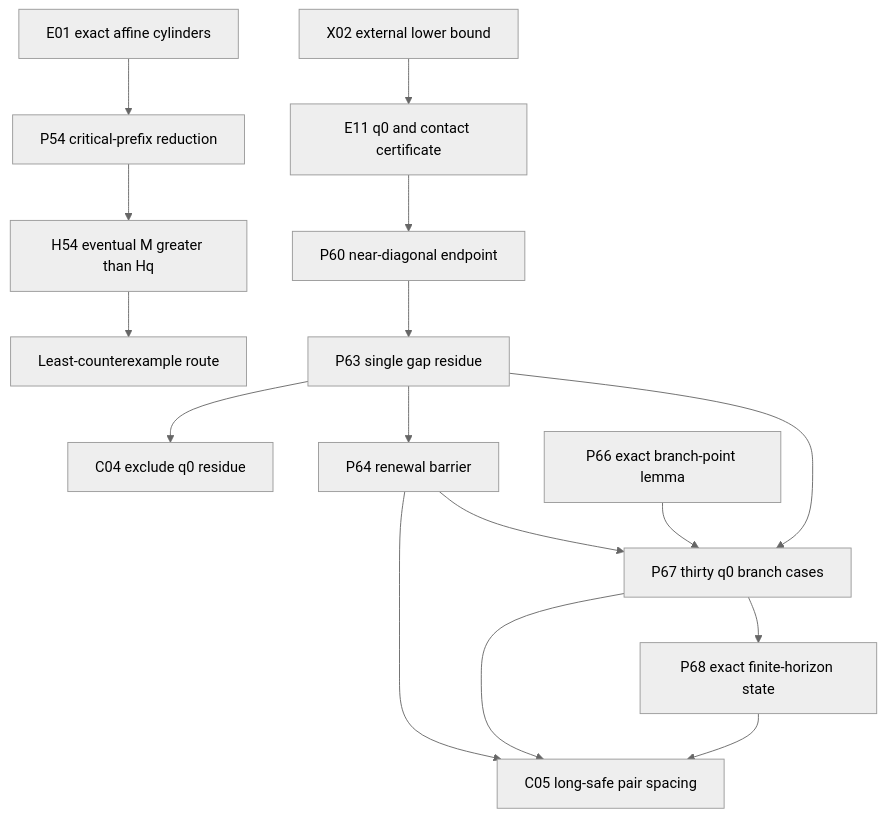
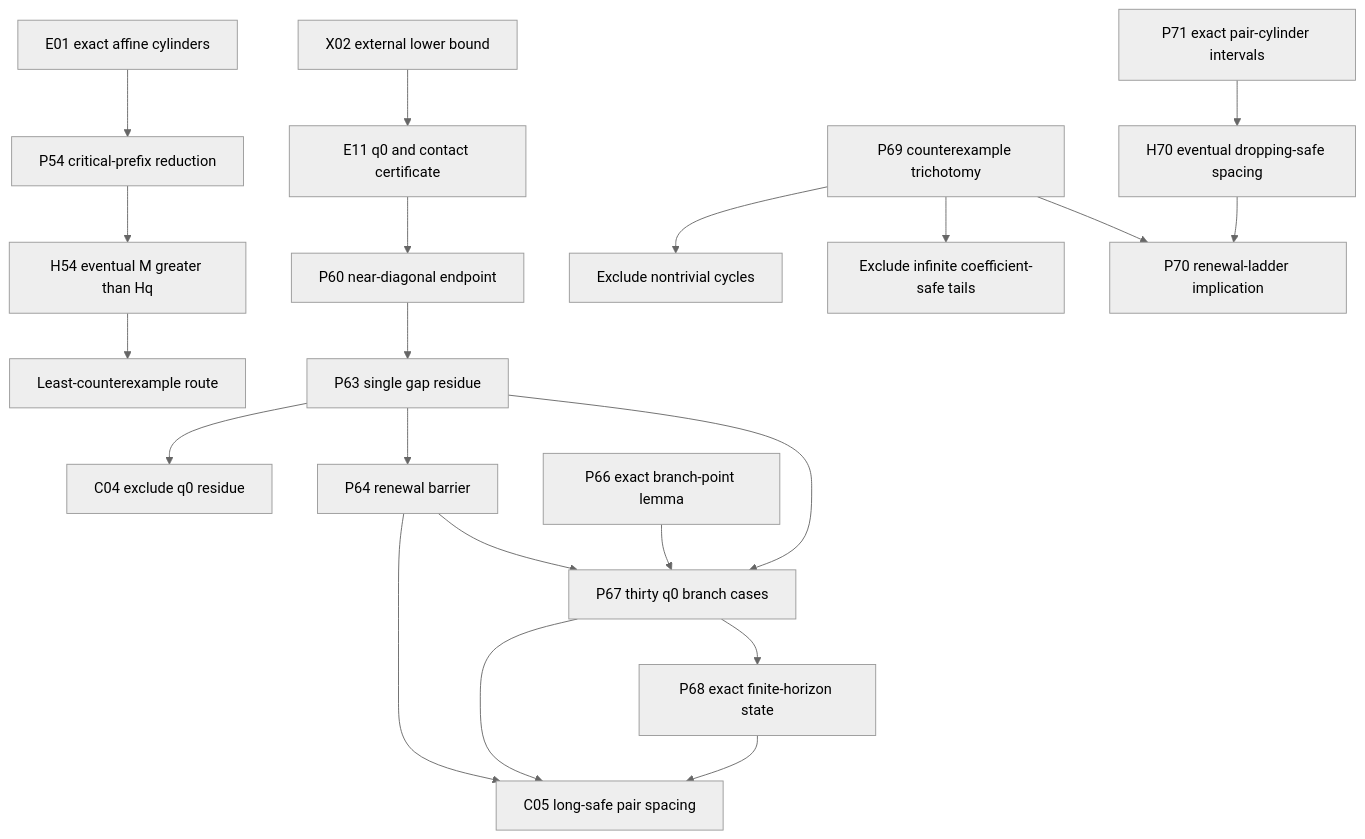
The diagram in docs/AI_RESEARCH_GUIDE.md (fumiki-t/Collatz-conjecture), drawn with Mermaid (neutral theme) before and after one commit. The commit also changed other lines of this file and 22 other files, not shown here.

Commit message:
feat: verify phase 11 renewal ladder

````diff
--- a/docs/AI_RESEARCH_GUIDE.md
+++ b/docs/AI_RESEARCH_GUIDE.md
@@ -33,19 +33,25 @@
 ```mermaid
 flowchart TD
     E01["E01 exact affine cylinders"] --> P54["P54 critical-prefix reduction"]
     P54 --> H54["H54 eventual M greater than Hq"]
     H54 --> Goal["Least-counterexample route"]
 
     X02["X02 external lower bound"] --> E11["E11 q0 and contact certificate"]
     E11 --> P60["P60 near-diagonal endpoint"]
     P60 --> P63["P63 single gap residue"]
     P63 --> C04["C04 exclude q0 residue"]
     P63 --> P64["P64 renewal barrier"]
     P64 --> C05["C05 long-safe pair spacing"]
     P66["P66 exact branch-point lemma"] --> P67["P67 thirty q0 branch cases"]
     P63 --> P67
     P64 --> P67
     P67 --> C05
     P67 --> P68["P68 exact finite-horizon state"]
     P68 --> C05
+
+    P69["P69 counterexample trichotomy"] --> Cycle["Exclude nontrivial cycles"]
+    P69 --> Infinite["Exclude infinite coefficient-safe tails"]
+    P69 --> P70["P70 renewal-ladder implication"]
+    H70["H70 eventual dropping-safe spacing"] --> P70
+    P71["P71 exact pair-cylinder intervals"] --> H70
 ```
````
